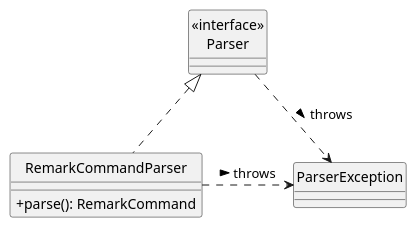
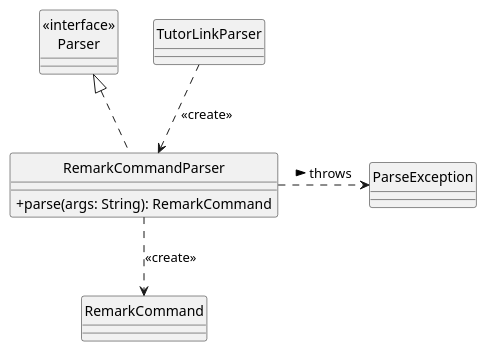
The diagram in diagrams/add-remark/ParserClass.puml (AY2627S1-CS2103T-T13-4/tp), drawn with PlantUML before and after one commit. The commit also changed 32 other files, not shown here.

```diff
--- a/diagrams/add-remark/ParserClass.puml
+++ b/diagrams/add-remark/ParserClass.puml
@@ -1,14 +1,17 @@
 @startuml
 hide circle
 skinparam classAttributeIconSize 0
 
 Class "<<interface>>\nParser" as Parser
+Class TutorLinkParser
 Class RemarkCommandParser {
-  +parse(): RemarkCommand
+  +parse(args: String): RemarkCommand
 }
-Class ParserException
+Class ParseException
+Class RemarkCommand
 
+TutorLinkParser ..> RemarkCommandParser: <<create>>
 RemarkCommandParser .up.|> Parser
-Parser .right.> ParserException: throws >
-RemarkCommandParser .right.> ParserException: throws >
+RemarkCommandParser ..> RemarkCommand: <<create>>
+RemarkCommandParser .right.> ParseException: throws >
 @enduml
```
